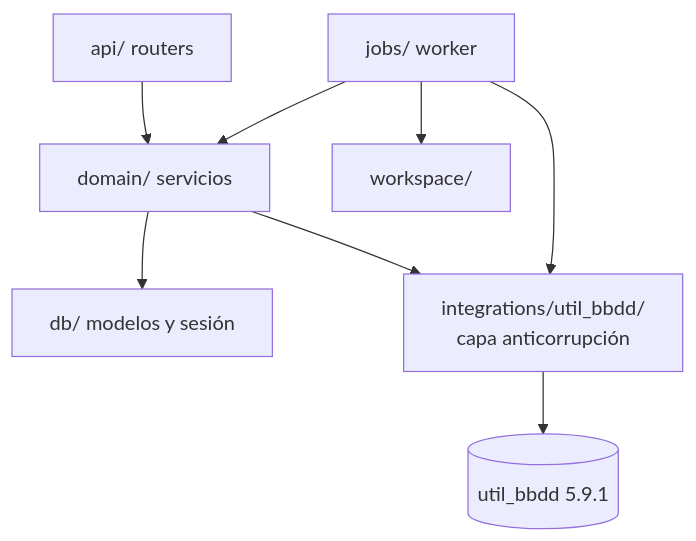
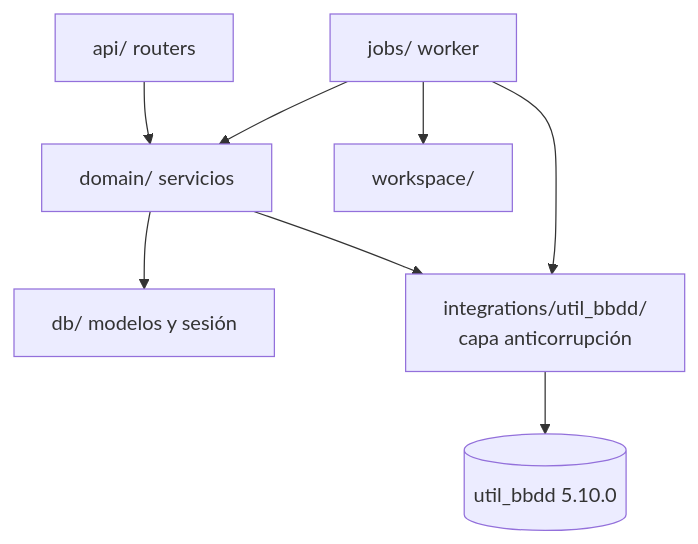
The second of 2 diagrams in docs/architecture.md (fmanza/util_bbdd_web), drawn with Mermaid before and after one commit. The commit also changed 6 other files, not shown here.

First line of the commit message:
chore(backend): util_bbdd 5.10.0

````diff
--- a/docs/architecture.md
+++ b/docs/architecture.md
@@ -31,10 +31,10 @@
 ```mermaid
 flowchart TB
     api[api/ routers] --> domain[domain/ servicios]
     domain --> db[db/ modelos y sesión]
     domain --> integ[integrations/util_bbdd/<br/>capa anticorrupción]
     jobs[jobs/ worker] --> domain
     jobs --> integ
     jobs --> ws[workspace/]
-    integ --> lib[(util_bbdd 5.9.1)]
+    integ --> lib[(util_bbdd 5.10.0)]
 ```
````
